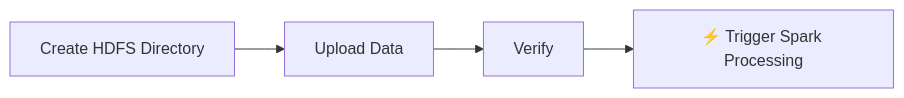
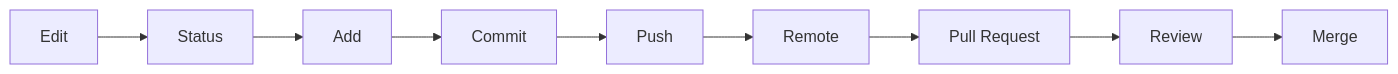
Before and after one commit to aminah7med/data-engineering-journey: the sixth of 6 diagrams in lectures/02/git.md, drawn with Mermaid. The commit also changed other lines of this file, not shown here.

````diff
--- a/lectures/02/git.md
+++ b/lectures/02/git.md
@@ -312,6 +568,11 @@
 ```mermaid
 flowchart LR
-    A[Create HDFS Directory] --> B[Upload Data]
-    B --> C[Verify]
-    C --> D[⚡ Trigger Spark Processing]
+    A[Edit] --> B[Status]
+    B --> C[Add]
+    C --> D[Commit]
+    D --> E[Push]
+    E --> F[Remote]
+    F --> G[Pull Request]
+    G --> H[Review]
+    H --> I[Merge]
 ```
````
